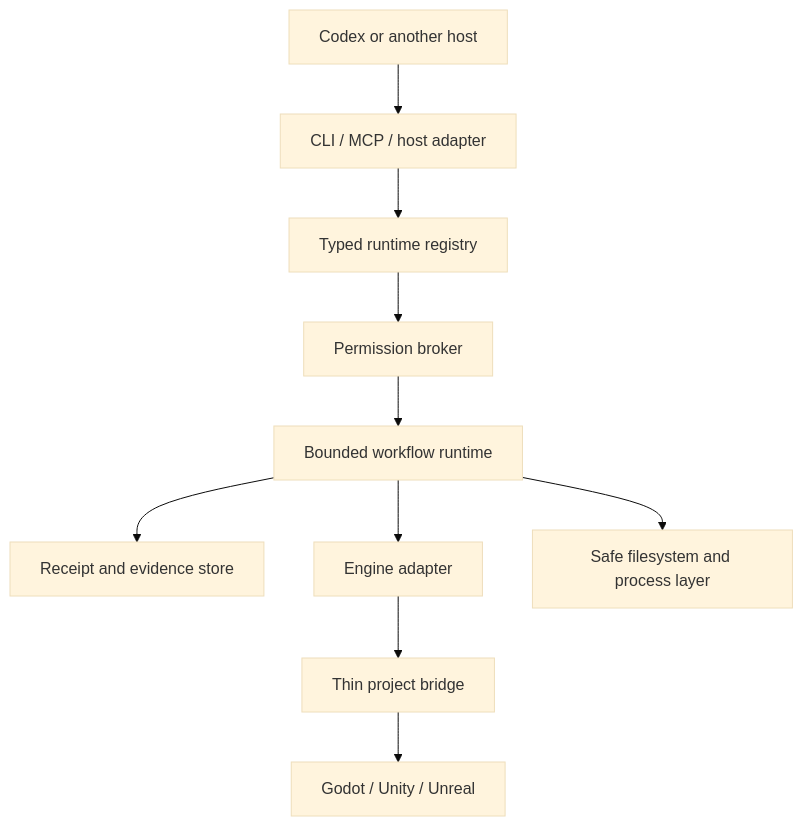
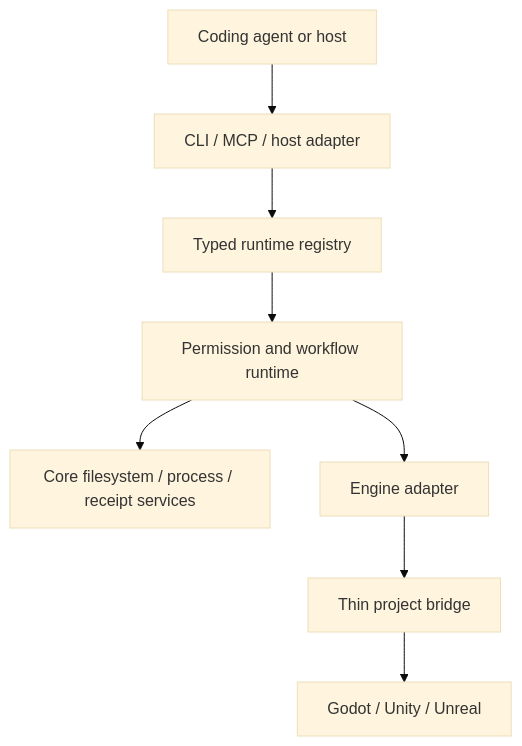
Before and after one commit to jukrap/ai-game-playbook: the diagram in docs/architecture.md, drawn with Mermaid (base theme). The commit also changed other lines of this file and 27 other files, not shown here.

````diff
--- a/docs/architecture.md
+++ b/docs/architecture.md
@@ -11,12 +11,10 @@
 ```mermaid
 flowchart TD
-    H[Codex or another host] --> S[CLI / MCP / host adapter]
-    S --> R[Typed runtime registry]
-    R --> P[Permission broker]
-    P --> W[Bounded workflow runtime]
-    W --> E[Receipt and evidence store]
-    W --> A[Engine adapter]
+    H[Coding agent or host] --> I[CLI / MCP / host adapter]
+    I --> R[Typed runtime registry]
+    R --> P[Permission and workflow runtime]
+    P --> C[Core filesystem / process / receipt services]
+    P --> A[Engine adapter]
     A --> B[Thin project bridge]
-    B --> G[Godot / Unity / Unreal]
-    W --> F[Safe filesystem and process layer]
+    B --> E[Godot / Unity / Unreal]
 ```
````
